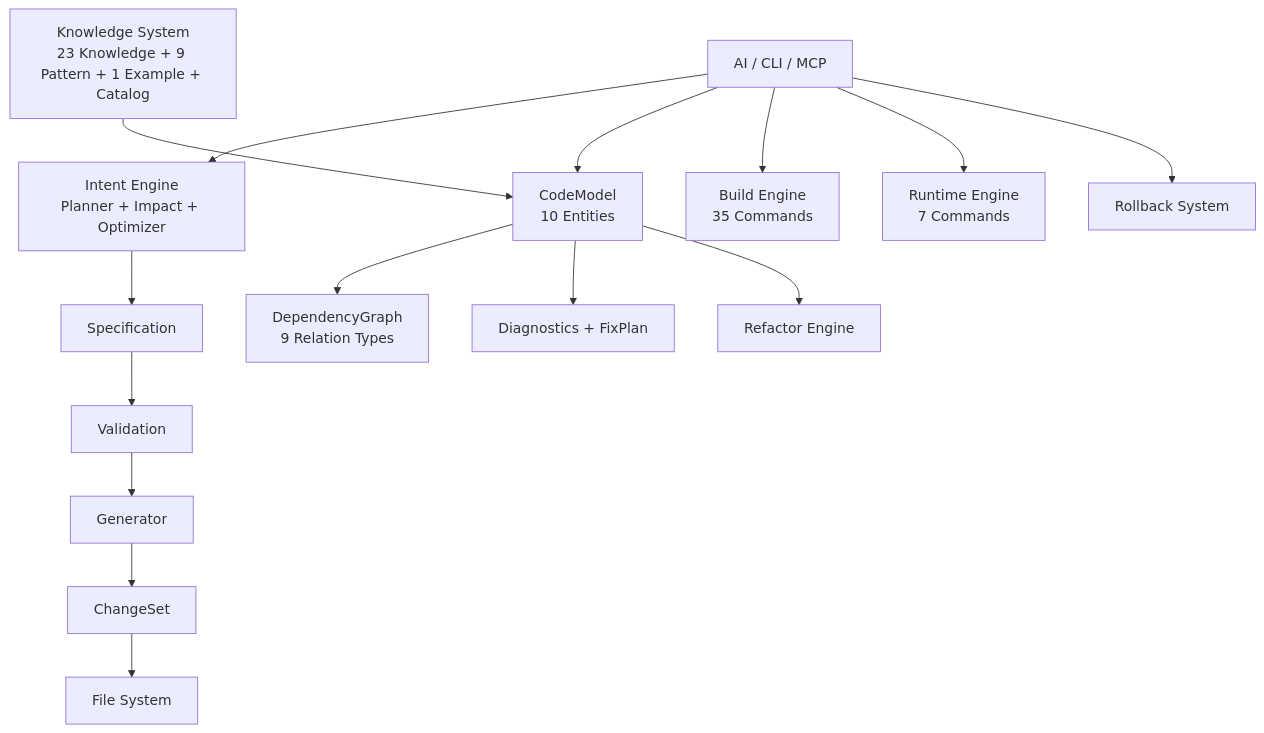
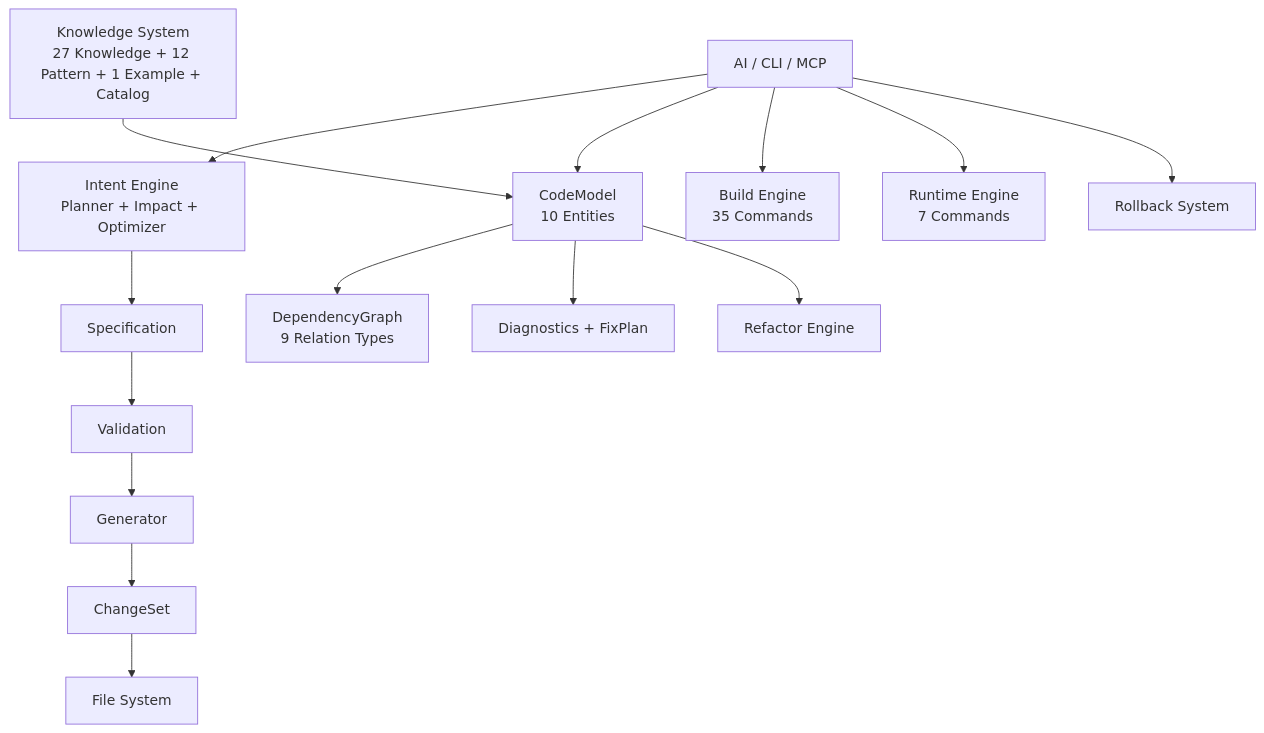
Before and after one commit to chenlei-gh/CADE: the diagram in README.md, drawn with Mermaid. The commit also changed other lines of this file and 25 other files, not shown here.

````diff
--- a/README.md
+++ b/README.md
@@ -205,20 +205,20 @@
 ```mermaid
 graph TD
     A[AI / CLI / MCP] --> P[Intent Engine<br/>Planner + Impact + Optimizer]
     P --> B[Specification]
     B --> C[Validation]
     C --> D[Generator]
     D --> E[ChangeSet]
     E --> F[File System]
 
     A --> G[CodeModel<br/>10 Entities]
     G --> H[DependencyGraph<br/>9 Relation Types]
     G --> I[Diagnostics + FixPlan]
     G --> J[Refactor Engine]
 
     A --> K[Build Engine<br/>35 Commands]
     A --> L[Runtime Engine<br/>7 Commands]
     A --> M[Rollback System]
 
-    N[Knowledge System<br/>23 Knowledge + 9 Pattern + 1 Example + Catalog] --> G
+    N[Knowledge System<br/>27 Knowledge + 12 Pattern + 1 Example + Catalog] --> G
 ```
````
